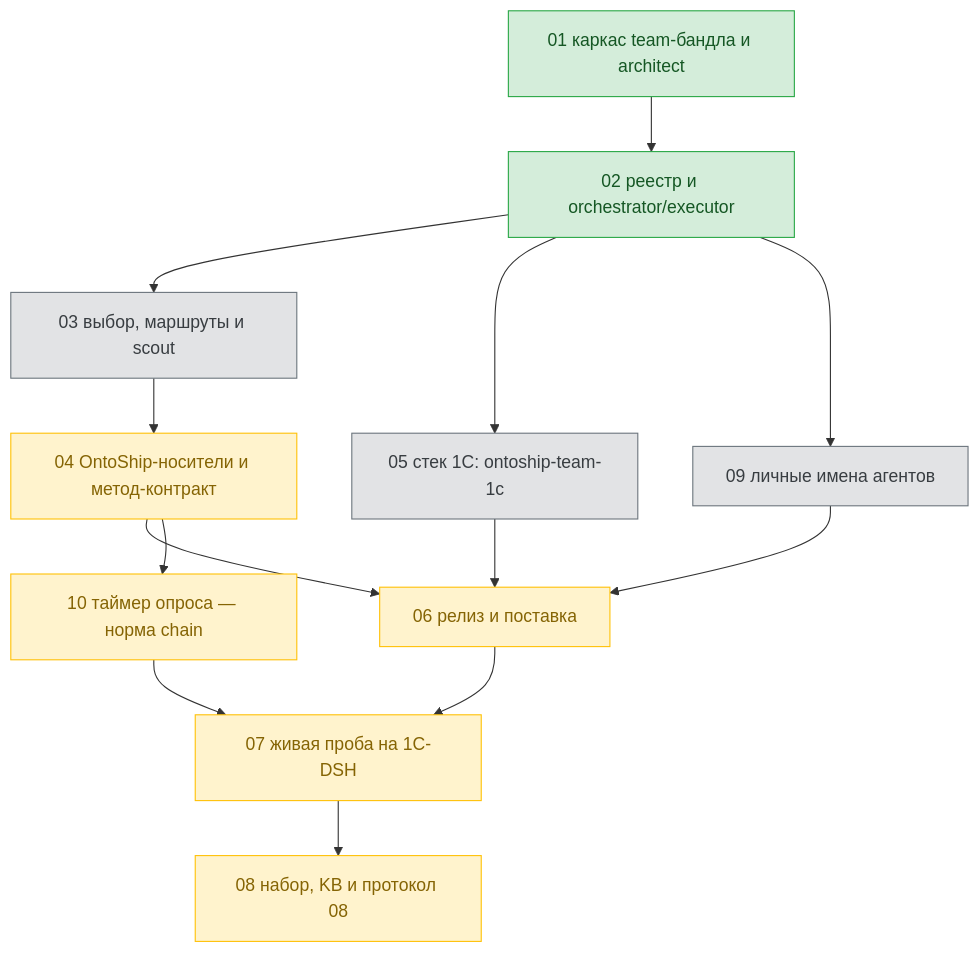
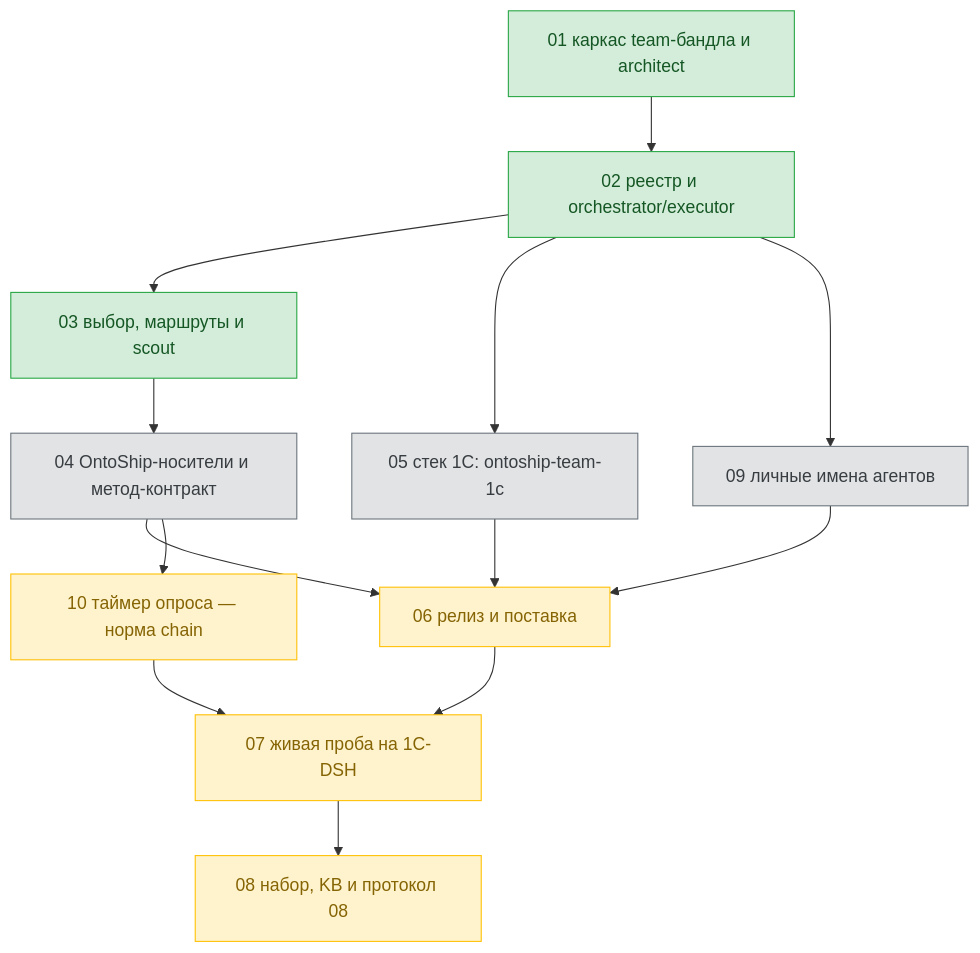
One commit to ntin60775/ontoship-ntin changed the diagram in tickets/team-profiles/dag.md. Above: the diagram before and after it, drawn with Mermaid. The commit also changed other lines of this file and 3 other files, not shown here.

````diff
--- a/tickets/team-profiles/dag.md
+++ b/tickets/team-profiles/dag.md
@@ -11,35 +11,35 @@
 ```mermaid
 flowchart TD
   T01["01 каркас team-бандла и architect"]
   T02["02 реестр и orchestrator/executor"]
   T03["03 выбор, маршруты и scout"]
   T04["04 OntoShip-носители и метод-контракт"]
   T05["05 стек 1C: ontoship-team-1c"]
   T06["06 релиз и поставка"]
   T07["07 живая проба на 1C-DSH"]
   T08["08 набор, KB и протокол 08"]
   T09["09 личные имена агентов"]
   T10["10 таймер опроса — норма chain"]
 
   T01 --> T02
   T02 --> T03
   T02 --> T05
   T02 --> T09
   T03 --> T04
   T04 --> T06
   T04 --> T10
   T05 --> T06
   T09 --> T06
   T06 --> T07
   T10 --> T07
   T07 --> T08
 
   classDef done fill:#d4edda,stroke:#28a745,color:#155724;
   classDef running fill:#cce5ff,stroke:#007bff,color:#004085;
   classDef pending fill:#e2e3e5,stroke:#6c757d,color:#383d41;
   classDef waiting fill:#fff3cd,stroke:#ffc107,color:#856404;
 
-  class T01,T02 done;
-  class T03,T05,T09 pending;
-  class T04,T06,T07,T08,T10 waiting;
+  class T01,T02,T03 done;
+  class T04,T05,T09 pending;
+  class T06,T07,T08,T10 waiting;
 ```
````
